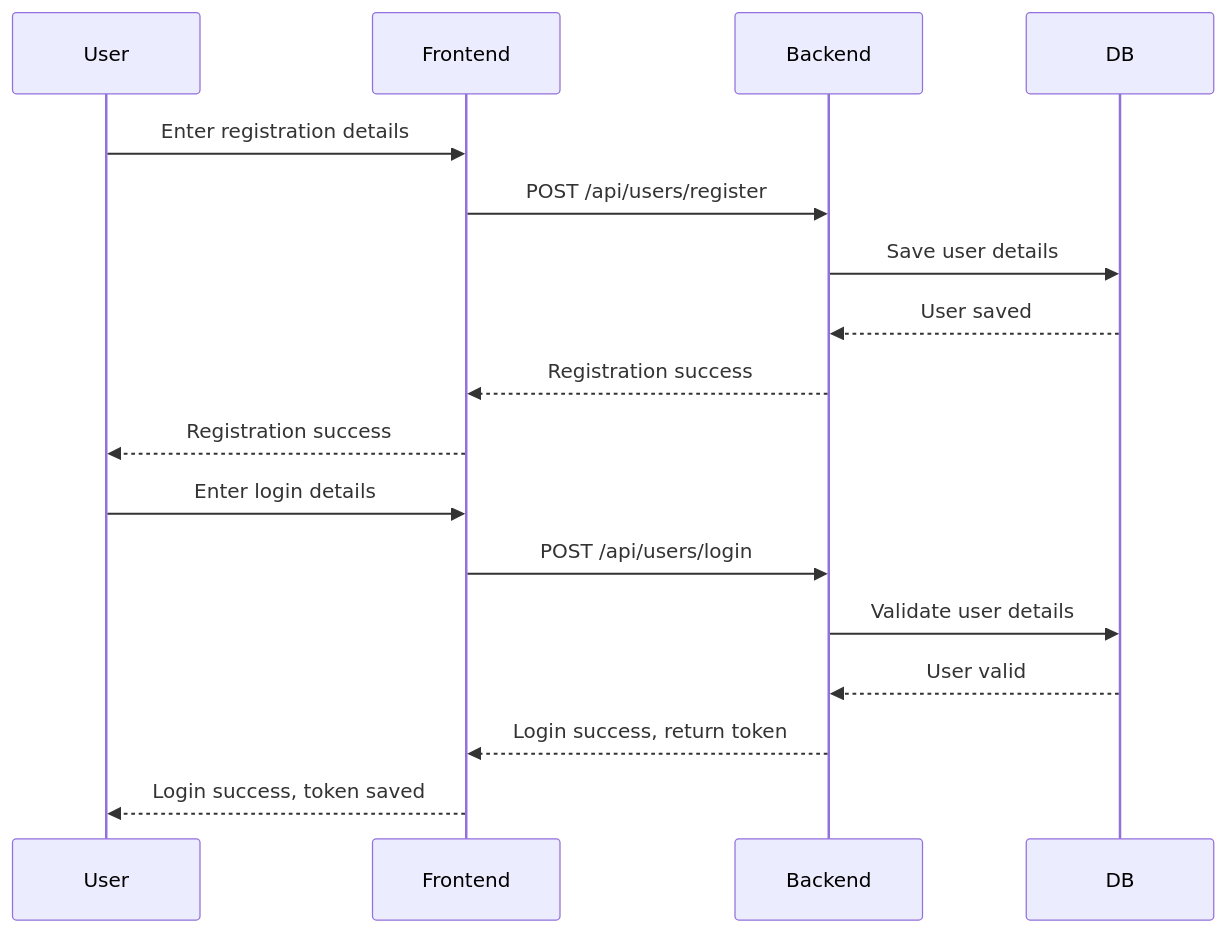
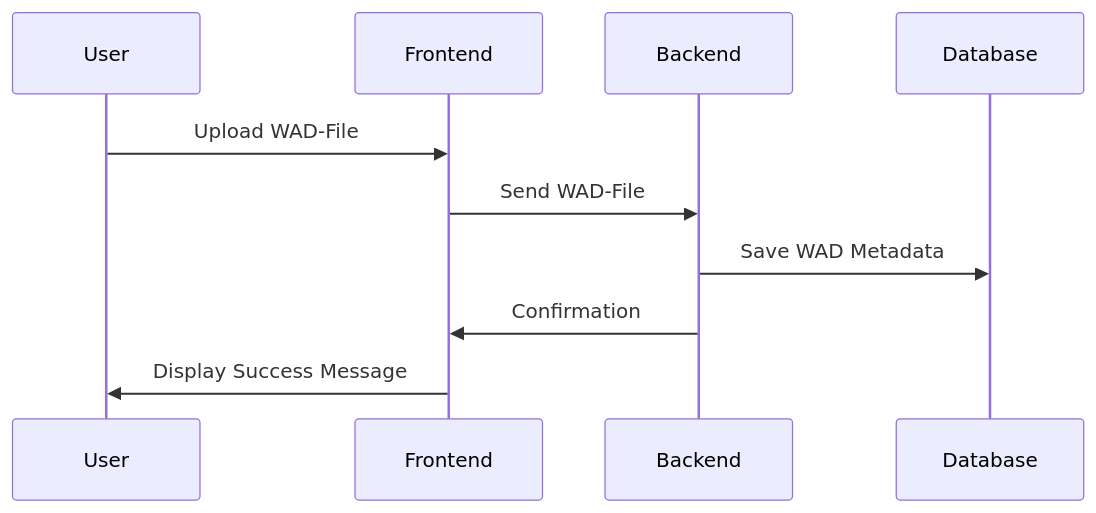
Before and after one commit to Lukas-Hoernle/WAD-Loader-3: the eighth of 10 diagrams in documentation/abgabe.md, drawn with Mermaid. The commit also changed other lines of this file, not shown here.

````diff
--- a/documentation/abgabe.md
+++ b/documentation/abgabe.md
@@ -274,21 +195,13 @@
 ```mermaid
 sequenceDiagram
     participant User
     participant Frontend
     participant Backend
-    participant DB
+    participant Database
 
-    User->>Frontend: Enter registration details
-    Frontend->>Backend: POST /api/users/register
-    Backend->>DB: Save user details
-    DB-->>Backend: User saved
-    Backend-->>Frontend: Registration success
-    Frontend-->>User: Registration success
-
-    User->>Frontend: Enter login details
-    Frontend->>Backend: POST /api/users/login
-    Backend->>DB: Validate user details
-    DB-->>Backend: User valid
-    Backend-->>Frontend: Login success, return token
-    Frontend-->>User: Login success, token saved
+    User ->> Frontend: Upload WAD-File
+    Frontend ->> Backend: Send WAD-File
+    Backend ->> Database: Save WAD Metadata
+    Backend ->> Frontend: Confirmation
+    Frontend ->> User: Display Success Message
 ```
````
